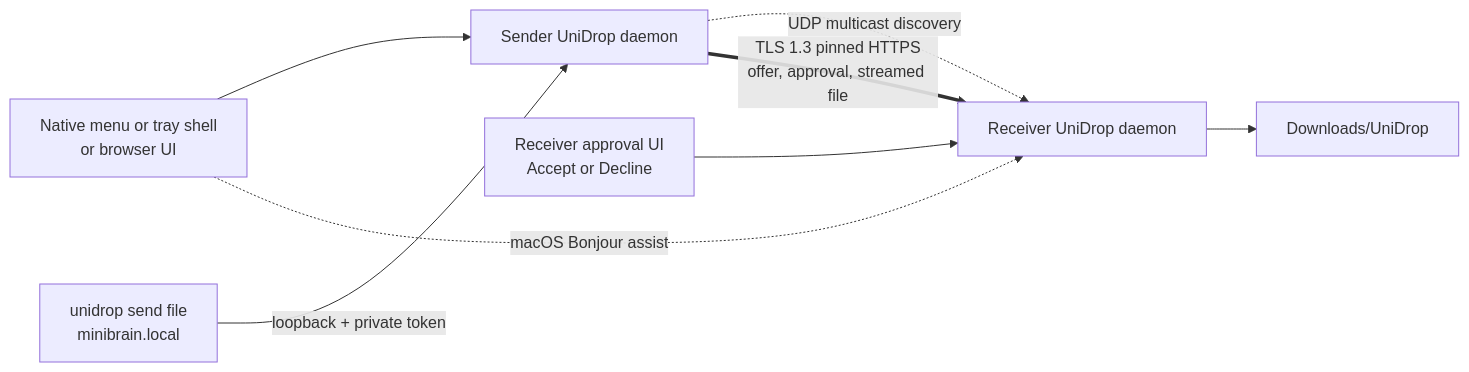
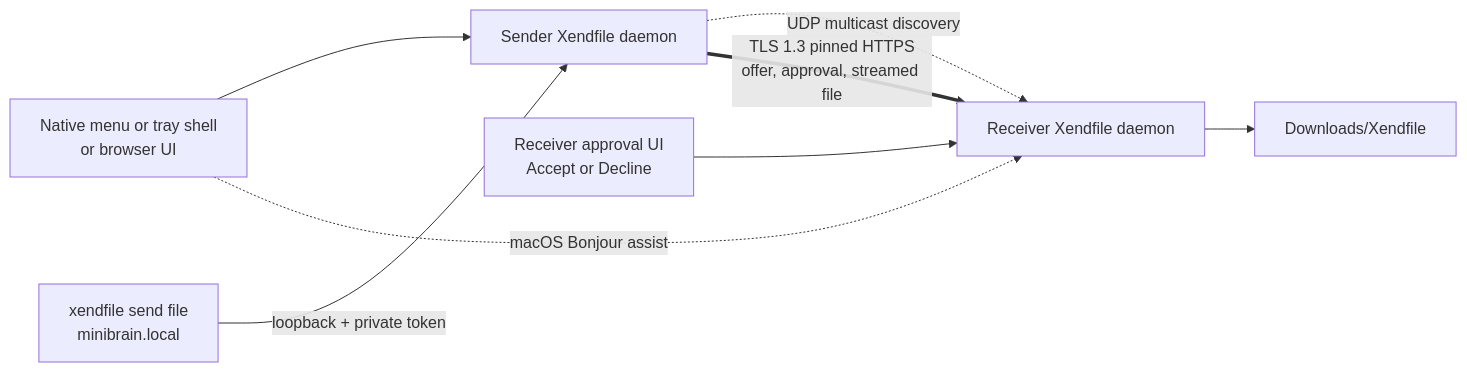
One commit to lalomorales22/unidrop changed the diagram in docs/ARCHITECTURE.md. Above: the diagram before and after it, drawn with Mermaid. The commit also changed other lines of this file and 74 other files, not shown here.

Commit message:
Rename UniDrop to Xendfile and adopt Apache-2.0

````diff
--- a/docs/ARCHITECTURE.md
+++ b/docs/ARCHITECTURE.md
@@ -18,10 +18,10 @@
 ```mermaid
 flowchart LR
-    UIA["Native menu or tray shell\nor browser UI"] --> DA["Sender UniDrop daemon"]
-    CLIA["unidrop send file\nminibrain.local"] -->|"loopback + private token"| DA
-    DA -. "UDP multicast discovery" .-> DB["Receiver UniDrop daemon"]
+    UIA["Native menu or tray shell\nor browser UI"] --> DA["Sender Xendfile daemon"]
+    CLIA["xendfile send file\nminibrain.local"] -->|"loopback + private token"| DA
+    DA -. "UDP multicast discovery" .-> DB["Receiver Xendfile daemon"]
     UIA -. "macOS Bonjour assist" .-> DB
     DA == "TLS 1.3 pinned HTTPS\noffer, approval, streamed file" ==> DB
-    DB --> DL["Downloads/UniDrop"]
+    DB --> DL["Downloads/Xendfile"]
     UIB["Receiver approval UI\nAccept or Decline"] --> DB
 ```
````
